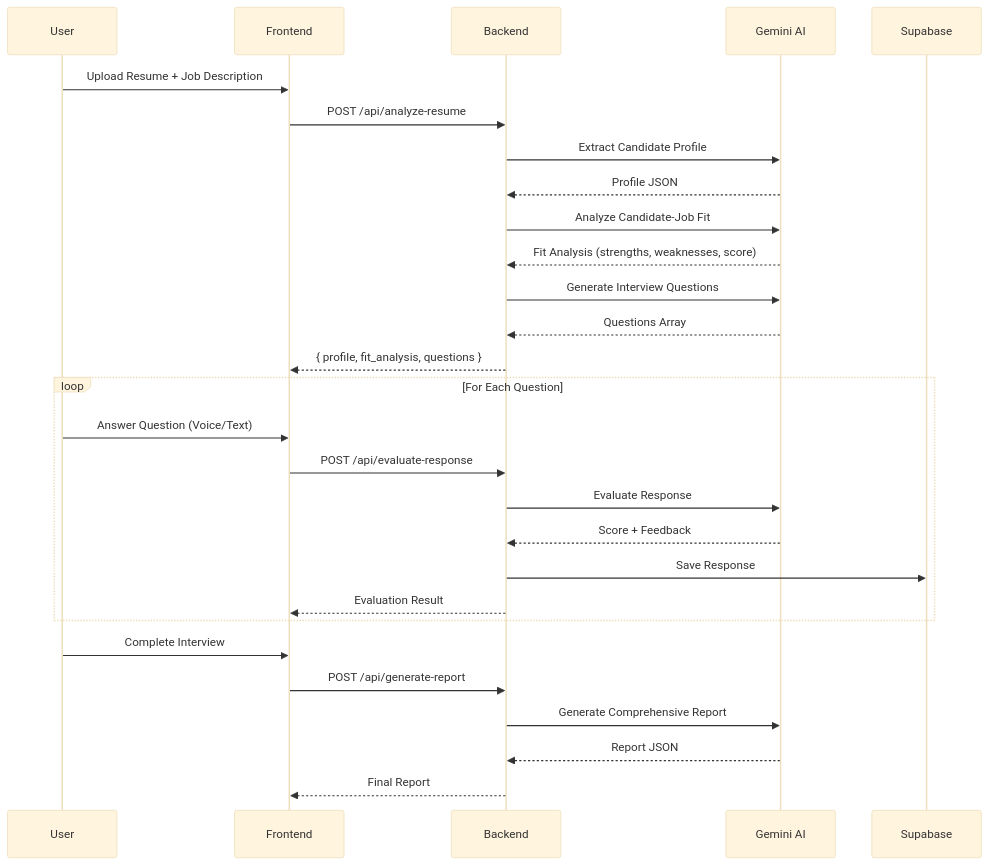
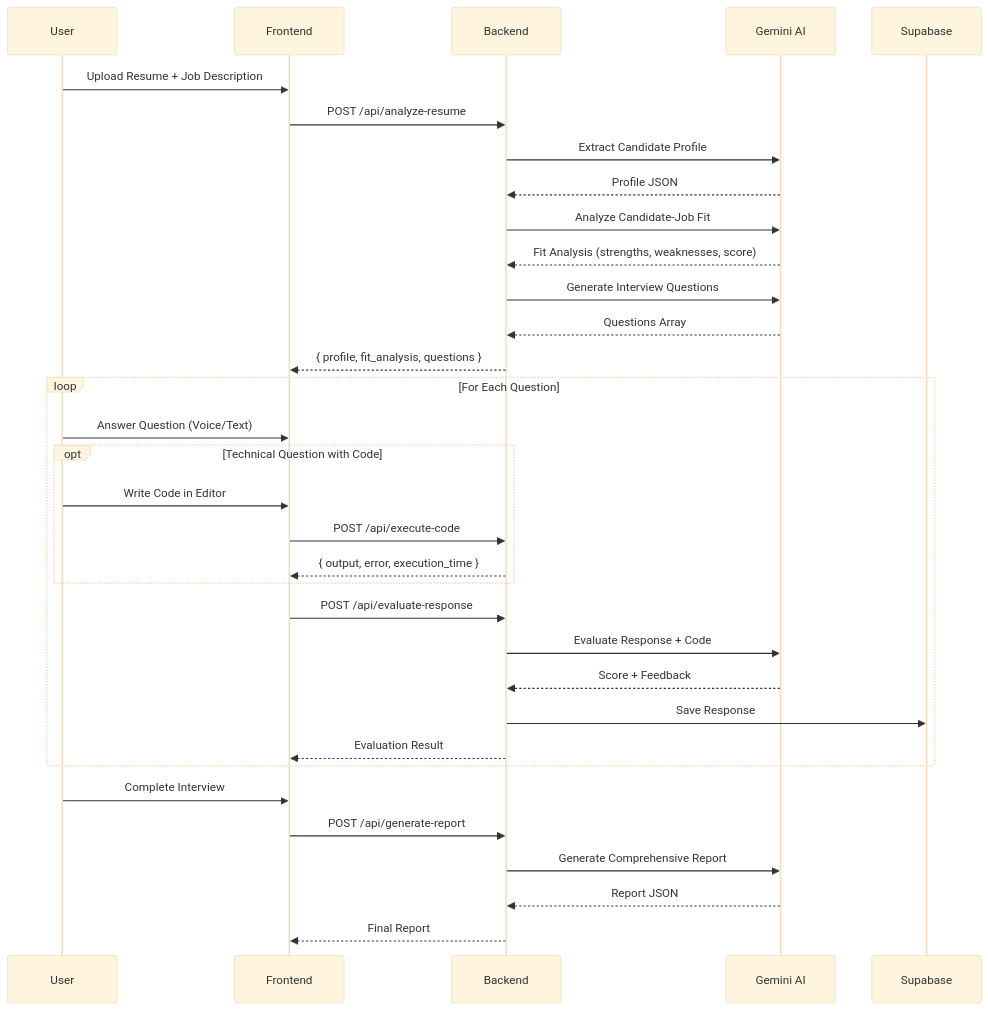
The second of 2 diagrams in TestSysAI Documentation.md (Ksawyoux/Test_AI-SystemPrompt), drawn with Mermaid (base theme) before and after one commit. The commit also changed other lines of this file, not shown here.

````diff
--- a/TestSysAI Documentation.md
+++ b/TestSysAI Documentation.md
@@ -87,33 +87,38 @@
 ```mermaid
 sequenceDiagram
     participant U as User
     participant F as Frontend
     participant B as Backend
     participant AI as Gemini AI
     participant DB as Supabase
 
     U->>F: Upload Resume + Job Description
     F->>B: POST /api/analyze-resume
     B->>AI: Extract Candidate Profile
     AI-->>B: Profile JSON
     B->>AI: Analyze Candidate-Job Fit
     AI-->>B: Fit Analysis (strengths, weaknesses, score)
     B->>AI: Generate Interview Questions
     AI-->>B: Questions Array
     B-->>F: { profile, fit_analysis, questions }
     
     loop For Each Question
         U->>F: Answer Question (Voice/Text)
+        opt Technical Question with Code
+            U->>F: Write Code in Editor
+            F->>B: POST /api/execute-code
+            B-->>F: { output, error, execution_time }
+        end
         F->>B: POST /api/evaluate-response
-        B->>AI: Evaluate Response
+        B->>AI: Evaluate Response + Code
         AI-->>B: Score + Feedback
         B->>DB: Save Response
         B-->>F: Evaluation Result
     end
     
     U->>F: Complete Interview
     F->>B: POST /api/generate-report
     B->>AI: Generate Comprehensive Report
     AI-->>B: Report JSON
     B-->>F: Final Report
 ```
````
